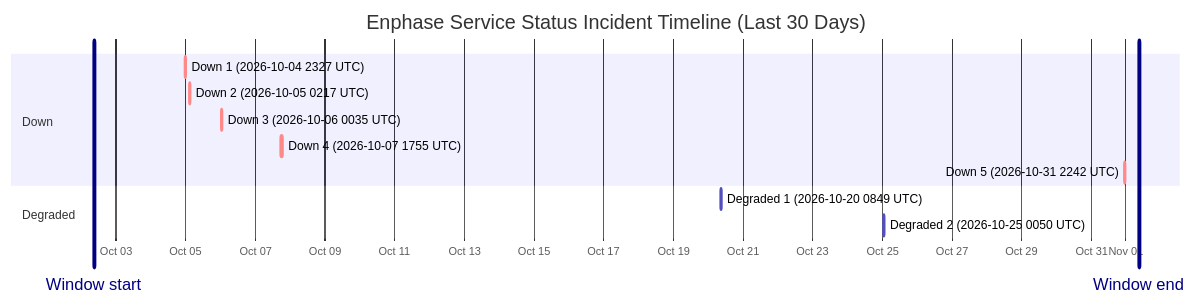
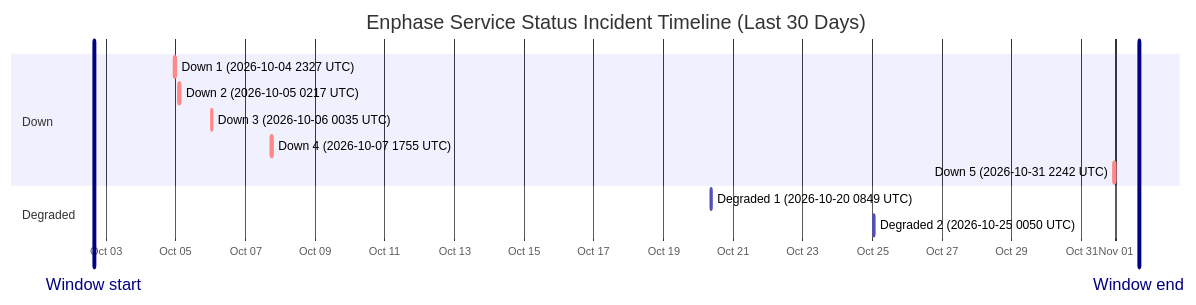
The diagram in wiki/Service-Status-History.md (barneyonline/ha-enphase-energy), drawn with Mermaid before and after one commit. The commit also changed other lines of this file and 3 other files, not shown here.

````diff
--- a/wiki/Service-Status-History.md
+++ b/wiki/Service-Status-History.md
@@ -14,17 +14,17 @@
 ```mermaid
 gantt
     title Enphase Service Status Incident Timeline (Last 30 Days)
     dateFormat  YYYY-MM-DDTHH:mm:ss
     axisFormat  %b %d
-    Window start :vert, window-start, 2026-10-02T08:43:00, 0ms
-    Window end :vert, window-end, 2026-11-01T08:43:00, 0ms
+    Window start :vert, window-start, 2026-10-02T15:45:42, 0ms
+    Window end :vert, window-end, 2026-11-01T15:45:42, 0ms
     section Down
     Down 1 (2026-10-04 2327 UTC) :crit, down-1, 2026-10-04T23:27:34, 60m
     Down 2 (2026-10-05 0217 UTC) :crit, down-2, 2026-10-05T02:17:30, 60m
     Down 3 (2026-10-06 0035 UTC) :crit, down-3, 2026-10-06T00:35:21, 60m
     Down 4 (2026-10-07 1755 UTC) :crit, down-4, 2026-10-07T17:55:16, 60m
     Down 5 (2026-10-31 2242 UTC) :crit, down-5, 2026-10-31T22:42:18, 60m
     section Degraded
     Degraded 1 (2026-10-20 0849 UTC) :active, degraded-1, 2026-10-20T08:49:49, 60m
     Degraded 2 (2026-10-25 0050 UTC) :active, degraded-2, 2026-10-25T00:50:01, 60m
 ```
````
